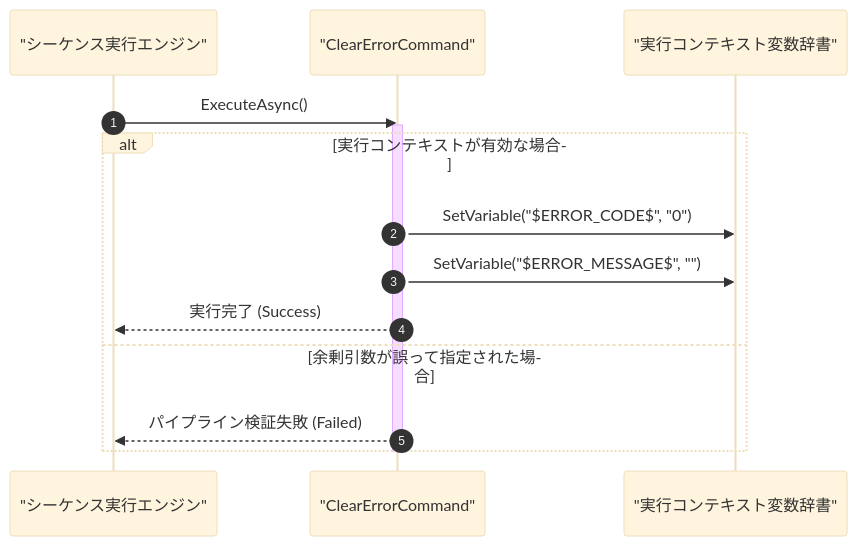
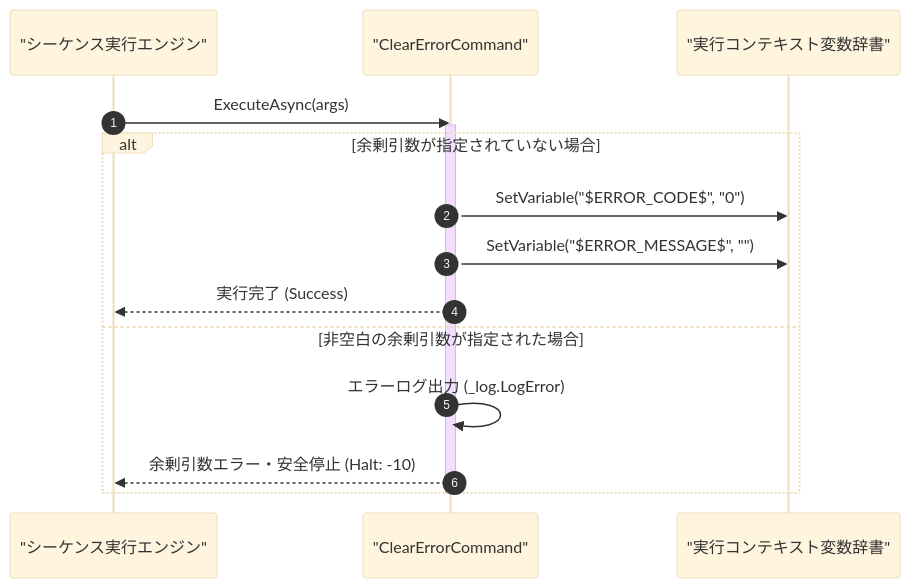
The diagram in Manual/Core/Sequence/ClearError.Md (Monaca-App/TermAddIn), drawn with Mermaid (base theme) before and after one commit. The commit also changed other lines of this file and 157 other files, not shown here.

````diff
--- a/Manual/Core/Sequence/ClearError.Md
+++ b/Manual/Core/Sequence/ClearError.Md
@@ -64,18 +64,19 @@
 ```mermaid
 sequenceDiagram
     autonumber
     participant Engine as "シーケンス実行エンジン"
     participant Cmd as "ClearErrorCommand"
     participant Ctx as "実行コンテキスト変数辞書"
 
-    Engine->>Cmd: ExecuteAsync()
+    Engine->>Cmd: ExecuteAsync(args)
     activate Cmd
-    alt 実行コンテキストが有効な場合
+    alt 余剰引数が指定されていない場合
         Cmd->>Ctx: SetVariable("$ERROR_CODE$", "0")
         Cmd->>Ctx: SetVariable("$ERROR_MESSAGE$", "")
         Cmd-->>Engine: 実行完了 (Success)
-    else 余剰引数が誤って指定された場合
-        Cmd-->>Engine: パイプライン検証失敗 (Failed)
+    else 非空白の余剰引数が指定された場合
+        Cmd->>Cmd: エラーログ出力 (_log.LogError)
+        Cmd-->>Engine: 余剰引数エラー・安全停止 (Halt: -10)
     end
     deactivate Cmd
 ```
````
